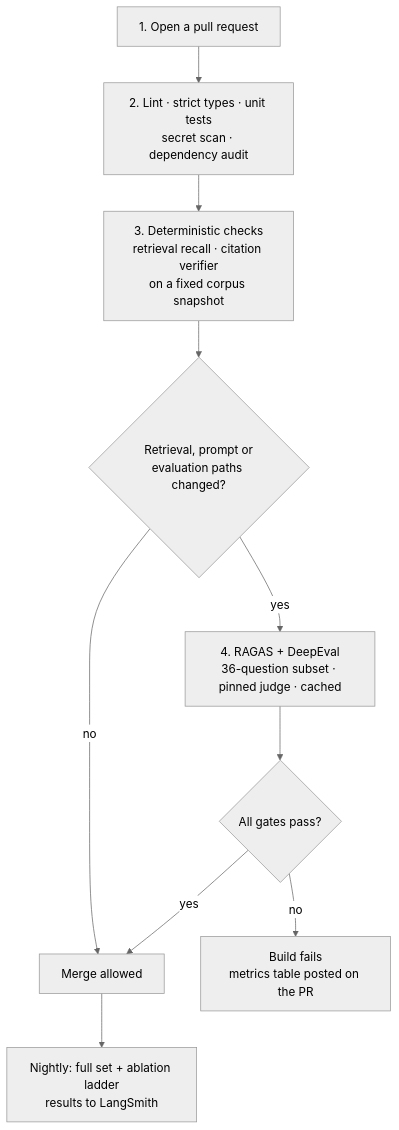
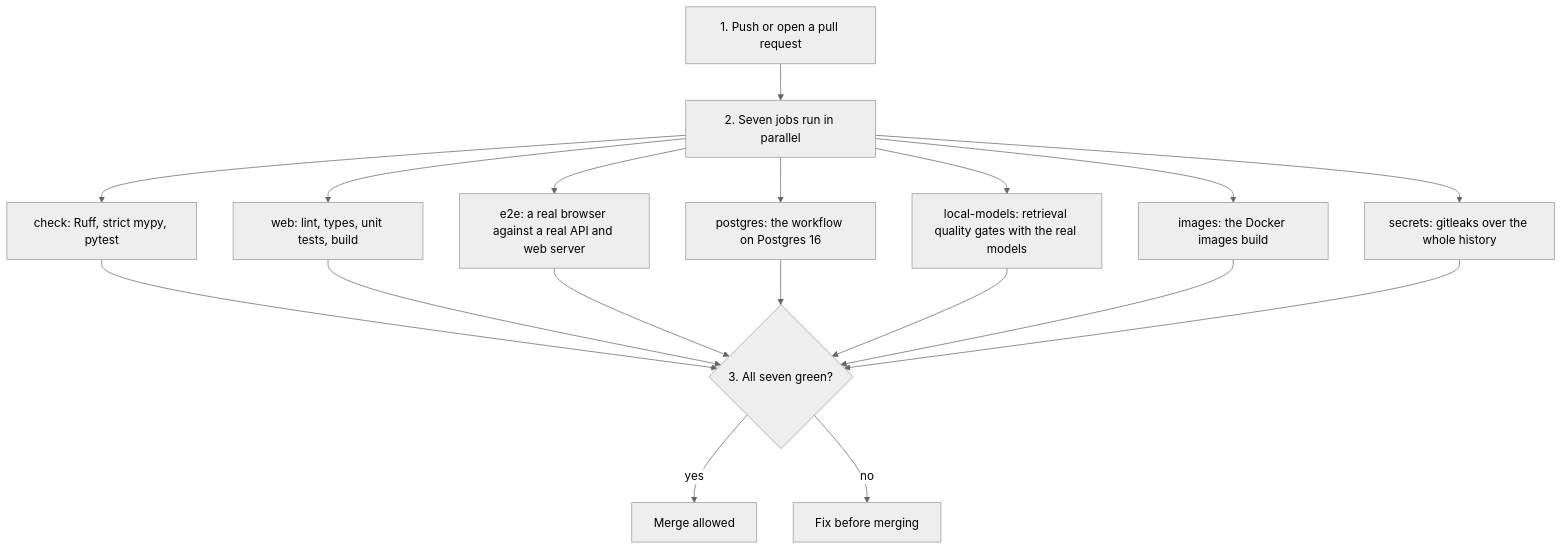
The third of 3 diagrams in docs/architecture/data-flow.md (Tevaalgorithms/cite-desk), drawn with Mermaid (neutral theme) before and after one commit. The commit also changed other lines of this file and 125 other files, not shown here.

First line of the commit message:
Models, evaluation gates, API, web app, Docker, Postgres, OpenAI writer, Pinecone, tracing and SSM secrets (#2)

````diff
--- a/docs/architecture/data-flow.md
+++ b/docs/architecture/data-flow.md
@@ -69,12 +81,14 @@
 ```mermaid
 flowchart TD
-    P["1. Open a pull request"] --> L["2. Lint · strict types · unit tests<br/>secret scan · dependency audit"]
-    L --> D["3. Deterministic checks<br/>retrieval recall · citation verifier<br/>on a fixed corpus snapshot"]
-    D --> J{"Retrieval, prompt or<br/>evaluation paths changed?"}
-    J -- no --> OK["Merge allowed"]
-    J -- yes --> E["4. RAGAS + DeepEval<br/>36-question subset · pinned judge · cached"]
-    E --> T{"All gates pass?"}
-    T -- yes --> OK
-    T -- no --> FAIL["Build fails<br/>metrics table posted on the PR"]
-    OK --> NI["Nightly: full set + ablation ladder<br/>results to LangSmith"]
+    P["1. Push or open a pull request"] --> J["2. Seven jobs run in parallel"]
+    J --> J1["check: Ruff, strict mypy, pytest"]
+    J --> J2["web: lint, types, unit tests, build"]
+    J --> J3["e2e: a real browser against a real API and web server"]
+    J --> J4["postgres: the workflow on Postgres 16"]
+    J --> J5["local-models: retrieval quality gates with the real models"]
+    J --> J6["images: the Docker images build"]
+    J --> J7["secrets: gitleaks over the whole history"]
+    J1 & J2 & J3 & J4 & J5 & J6 & J7 --> G{"3. All seven green?"}
+    G -- yes --> OK["Merge allowed"]
+    G -- no --> FIX["Fix before merging"]
 ```
````
